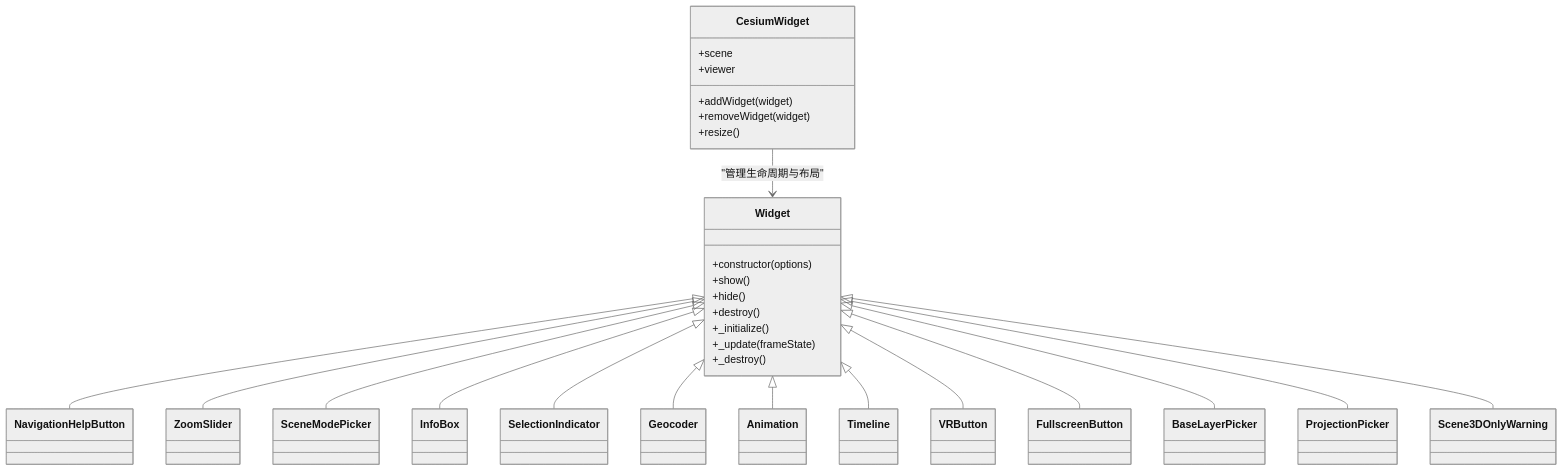
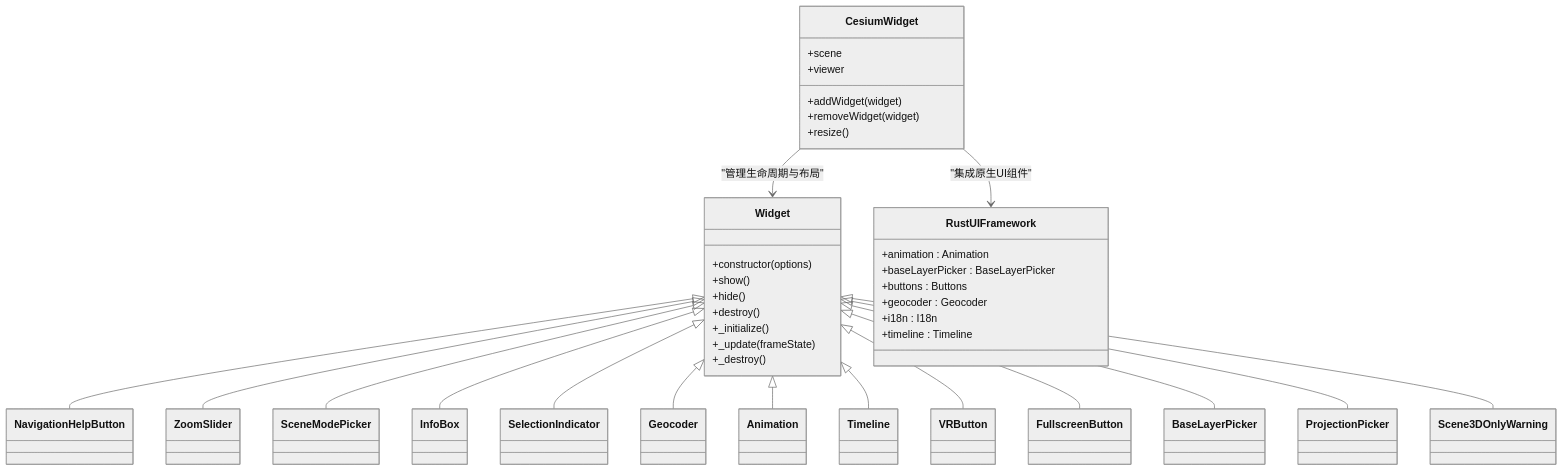
The second of 3 diagrams in .qoder/repowiki/zh/content/UI组件库/控件系统/控件系统.md (rzhangjing/cesium), drawn with Mermaid (neutral theme) before and after one commit. The commit also changed other lines of this file and 30 other files, not shown here.

````diff
--- a/.qoder/repowiki/zh/content/UI组件库/控件系统/控件系统.md
+++ b/.qoder/repowiki/zh/content/UI组件库/控件系统/控件系统.md
@@ -106,46 +136,55 @@
 ```mermaid
 classDiagram
 class Widget {
 +constructor(options)
 +show()
 +hide()
 +destroy()
 +_initialize()
 +_update(frameState)
 +_destroy()
 }
 class CesiumWidget {
 +scene
 +viewer
 +addWidget(widget)
 +removeWidget(widget)
 +resize()
+}
+class RustUIFramework {
++animation : Animation
++baseLayerPicker : BaseLayerPicker
++buttons : Buttons
++geocoder : Geocoder
++i18n : I18n
++timeline : Timeline
 }
 class NavigationHelpButton
 class ZoomSlider
 class SceneModePicker
 class InfoBox
 class SelectionIndicator
 class Geocoder
 class Animation
 class Timeline
 class VRButton
 class FullscreenButton
 class BaseLayerPicker
 class ProjectionPicker
 class Scene3DOnlyWarning
 Widget <|-- NavigationHelpButton
 Widget <|-- ZoomSlider
 Widget <|-- SceneModePicker
 Widget <|-- InfoBox
 Widget <|-- SelectionIndicator
 Widget <|-- Geocoder
 Widget <|-- Animation
 Widget <|-- Timeline
 Widget <|-- VRButton
 Widget <|-- FullscreenButton
 Widget <|-- BaseLayerPicker
 Widget <|-- ProjectionPicker
 Widget <|-- Scene3DOnlyWarning
 CesiumWidget --> Widget : "管理生命周期与布局"
+CesiumWidget --> RustUIFramework : "集成原生UI组件"
 ```
````
